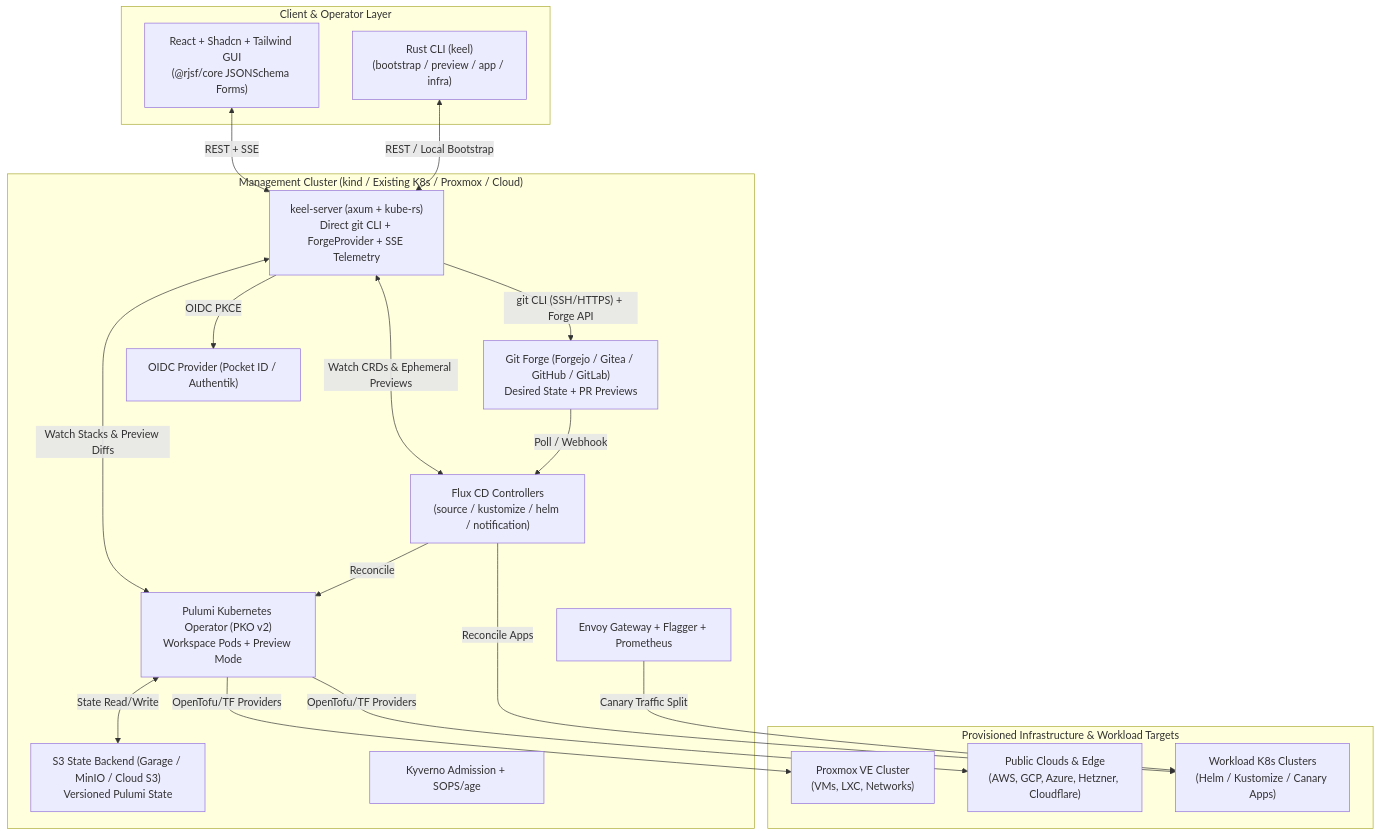
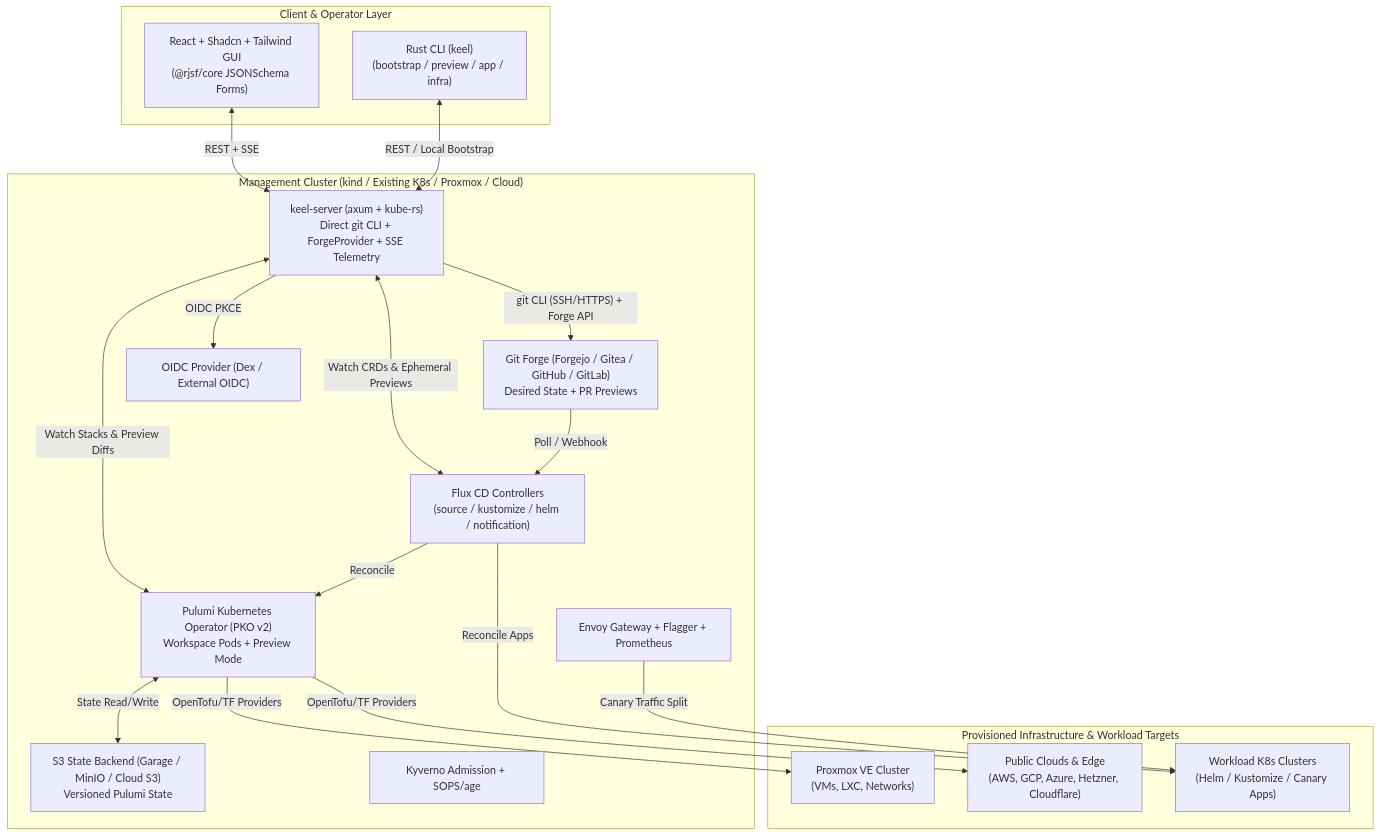
The first of 5 diagrams in SDD.md (rdylanwalker/keel), drawn with Mermaid before and after one commit. The commit also changed other lines of this file and 48 other files, not shown here.

Commit message:
feat: add Dex OIDC, SeaweedFS S3, schema builder, and consistent docs

````diff
--- a/SDD.md
+++ b/SDD.md
@@ -25,38 +25,38 @@
 ```mermaid
 flowchart TB
     subgraph ClientLayer["Client & Operator Layer"]
         GUI["React + Shadcn + Tailwind GUI<br/>(@rjsf/core JSONSchema Forms)"]
         CLI["Rust CLI (keel)<br/>(bootstrap / preview / app / infra)"]
     end
 
     subgraph ControlPlane["Management Cluster (kind / Existing K8s / Proxmox / Cloud)"]
         API["keel-server (axum + kube-rs)<br/>Direct git CLI + ForgeProvider + SSE Telemetry"]
         S3["S3 State Backend (Garage / MinIO / Cloud S3)<br/>Versioned Pulumi State"]
         FORGE["Git Forge (Forgejo / Gitea / GitHub / GitLab)<br/>Desired State + PR Previews"]
-        OIDC["OIDC Provider (Pocket ID / Authentik)"]
+        OIDC["OIDC Provider (Dex / External OIDC)"]
         FLUX["Flux CD Controllers<br/>(source / kustomize / helm / notification)"]
         PKO["Pulumi Kubernetes Operator (PKO v2)<br/>Workspace Pods + Preview Mode"]
         GUARD["Kyverno Admission + SOPS/age"]
         ENVOY["Envoy Gateway + Flagger + Prometheus"]
     end
 
     subgraph Targets["Provisioned Infrastructure & Workload Targets"]
         PVE["Proxmox VE Cluster<br/>(VMs, LXC, Networks)"]
         CLOUD["Public Clouds & Edge<br/>(AWS, GCP, Azure, Hetzner, Cloudflare)"]
         W_K8S["Workload K8s Clusters<br/>(Helm / Kustomize / Canary Apps)"]
     end
 
     GUI <-->|"REST + SSE"| API
     CLI <-->|"REST / Local Bootstrap"| API
     API -->|"OIDC PKCE"| OIDC
     API -->|"git CLI (SSH/HTTPS) + Forge API"| FORGE
     API <-->|"Watch CRDs & Ephemeral Previews"| FLUX
     API <-->|"Watch Stacks & Preview Diffs"| PKO
     FORGE -->|"Poll / Webhook"| FLUX
     FLUX -->|"Reconcile"| PKO
     FLUX -->|"Reconcile Apps"| W_K8S
     PKO <-->|"State Read/Write"| S3
     PKO -->|"OpenTofu/TF Providers"| PVE
     PKO -->|"OpenTofu/TF Providers"| CLOUD
     ENVOY -->|"Canary Traffic Split"| W_K8S
 ```
````
